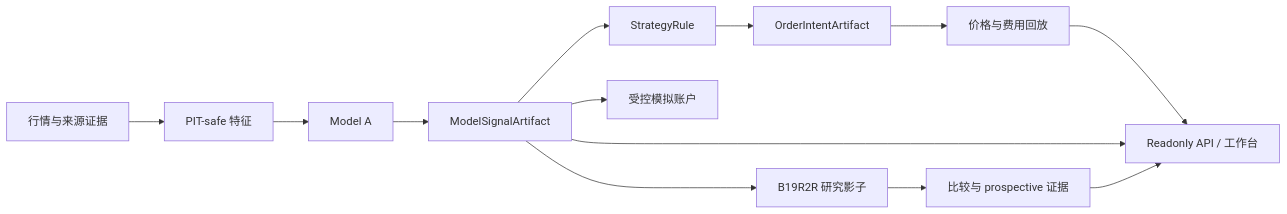
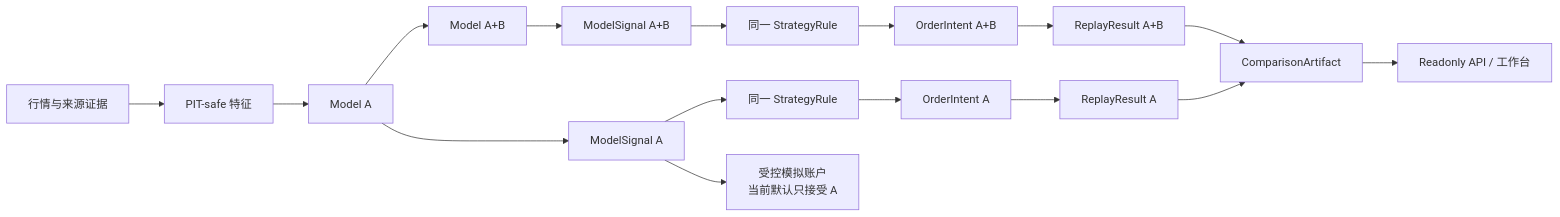
One commit to charliecly0416/taiwan-stock-quant-platform changed the diagram in docs/PROJECT_INTRO_CN.md. Above: the diagram before and after it, drawn with Mermaid. The commit also changed other lines of this file and 34 other files, not shown here.

Commit message:
feat: unify readonly model tracks

````diff
--- a/docs/PROJECT_INTRO_CN.md
+++ b/docs/PROJECT_INTRO_CN.md
@@ -44,15 +46,18 @@
 ```mermaid
 flowchart LR
     D[行情与来源证据] --> F[PIT-safe 特征]
     F --> A[Model A]
-    A --> S[ModelSignalArtifact]
-    S --> R[StrategyRule]
-    R --> I[OrderIntentArtifact]
-    I --> P[价格与费用回放]
-    P --> V[Readonly API / 工作台]
-    S --> V
-    S --> B[B19R2R 研究影子]
-    B --> C[比较与 prospective 证据]
-    C --> V
-    S --> G[受控模拟账户]
+    A --> B[Model A+B]
+    A --> SA[ModelSignal A]
+    B --> SB[ModelSignal A+B]
+    SA --> RA[同一 StrategyRule]
+    SB --> RB[同一 StrategyRule]
+    RA --> IA[OrderIntent A]
+    RB --> IB[OrderIntent A+B]
+    IA --> PA[ReplayResult A]
+    IB --> PB[ReplayResult A+B]
+    PA --> C[ComparisonArtifact]
+    PB --> C
+    C --> V[Readonly API / 工作台]
+    SA --> G[受控模拟账户<br/>当前默认只接受 A]
 ```
````
